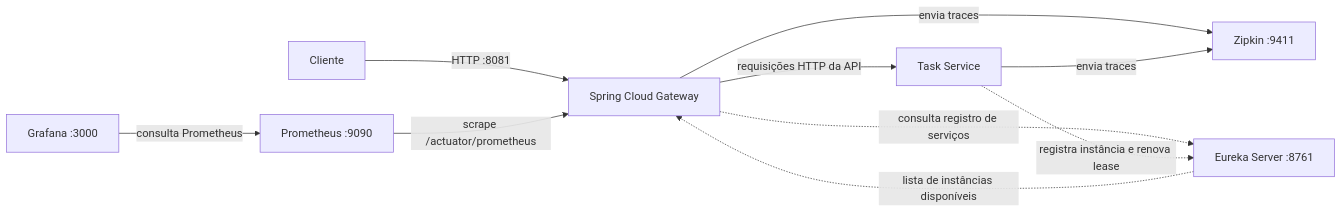
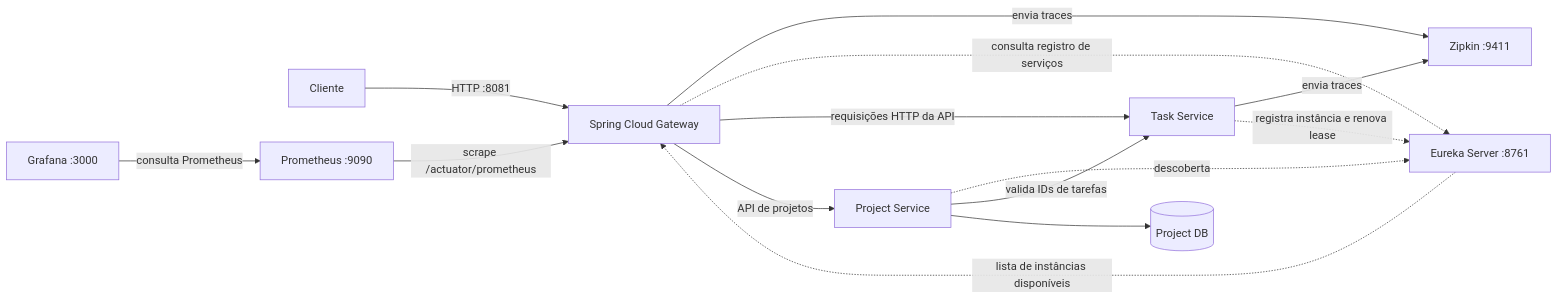
One commit to AlessandroSoaresRangel/estudo-microsservicos changed the first of 2 diagrams in README.md. Above: the diagram before and after it, drawn with Mermaid. The commit also changed other lines of this file and 47 other files, not shown here.

````diff
--- a/README.md
+++ b/README.md
@@ -7,12 +7,16 @@
 ```mermaid
 flowchart LR
     C[Cliente] -->|HTTP :8081| G[Spring Cloud Gateway]
     P[Prometheus :9090] -->|scrape /actuator/prometheus| G
     D[Grafana :3000] -->|consulta Prometheus| P
     G -->|envia traces| Z[Zipkin :9411]
     T -->|envia traces| Z
     G -.->|consulta registro de serviços| E[Eureka Server :8761]
     E -.->|lista de instâncias disponíveis| G
     G -->|requisições HTTP da API| T[Task Service]
     T -.->|registra instância e renova lease| E
+    G -->|API de projetos| PR[Project Service]
+    PR -.->|descoberta| E
+    PR -->|valida IDs de tarefas| T
+    PR --> PDB[(Project DB)]
 ```
````
